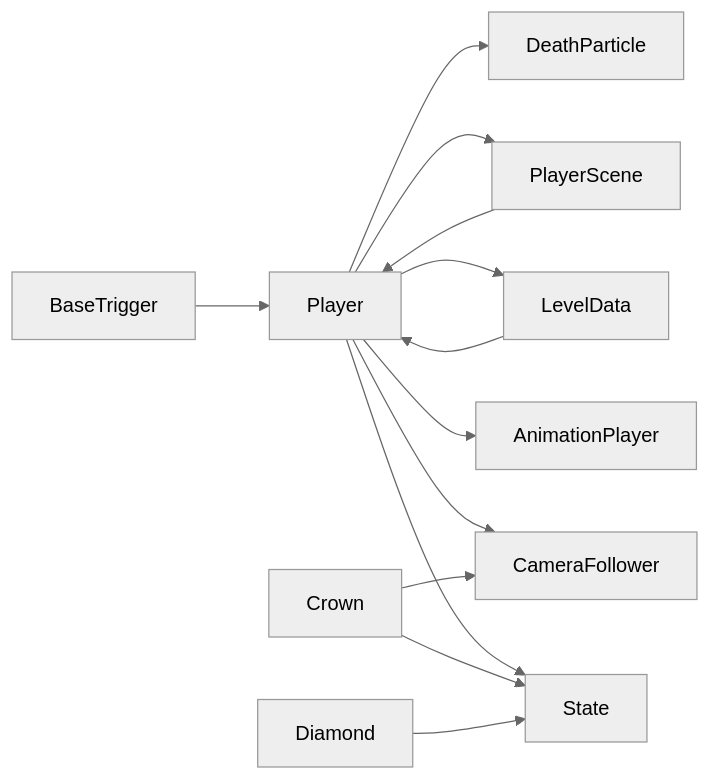
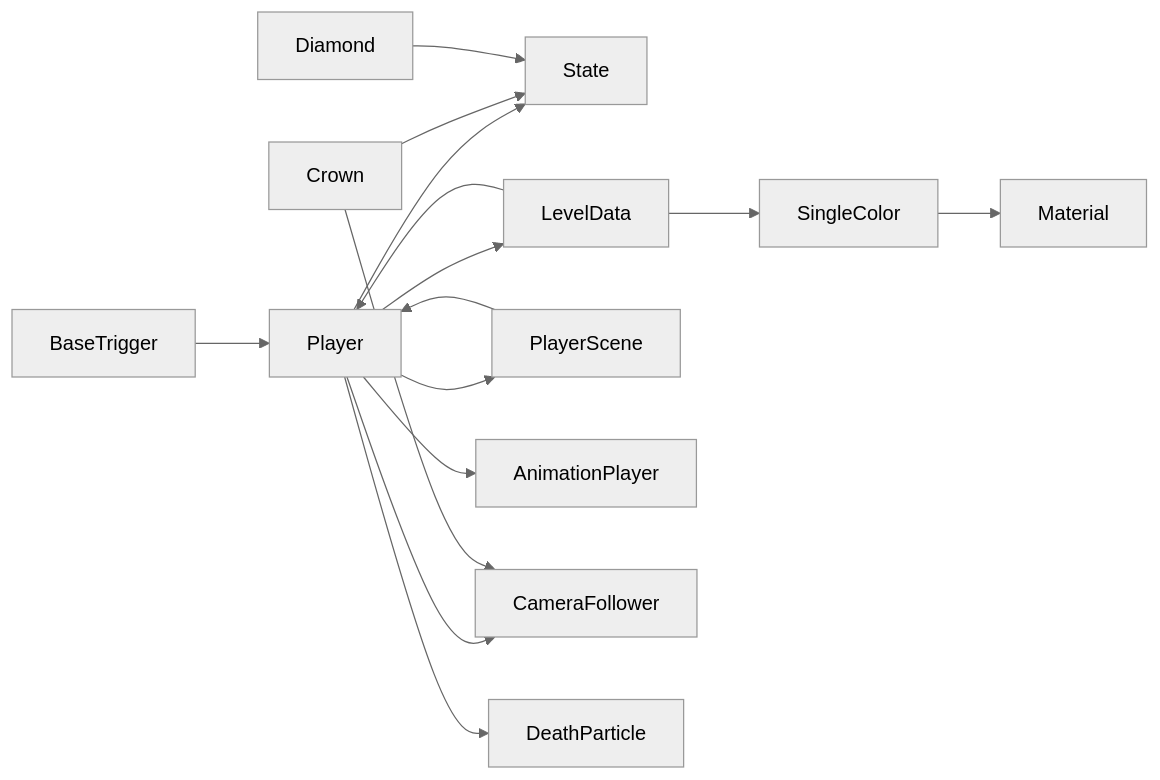
One commit to godotline/godot-line changed the sixth of 6 diagrams in .qoder/repowiki/zh/content/游戏系统/角色控制系统.md. Above: the diagram before and after it, drawn with Mermaid (neutral theme). The commit also changed other lines of this file and 44 other files, not shown here.

````diff
--- a/.qoder/repowiki/zh/content/游戏系统/角色控制系统.md
+++ b/.qoder/repowiki/zh/content/游戏系统/角色控制系统.md
@@ -400,15 +429,17 @@
 ```mermaid
 graph LR
 Player --> State
 Player --> LevelData
 Player --> PlayerScene
 Player --> AnimationPlayer
 Player --> CameraFollower
 Player --> DeathParticle
 Crown --> State
 Crown --> CameraFollower
 Diamond --> State
 BaseTrigger --> Player
 LevelData --> Player
 PlayerScene --> Player
+LevelData --> SingleColor
+SingleColor --> Material
 ```
````
